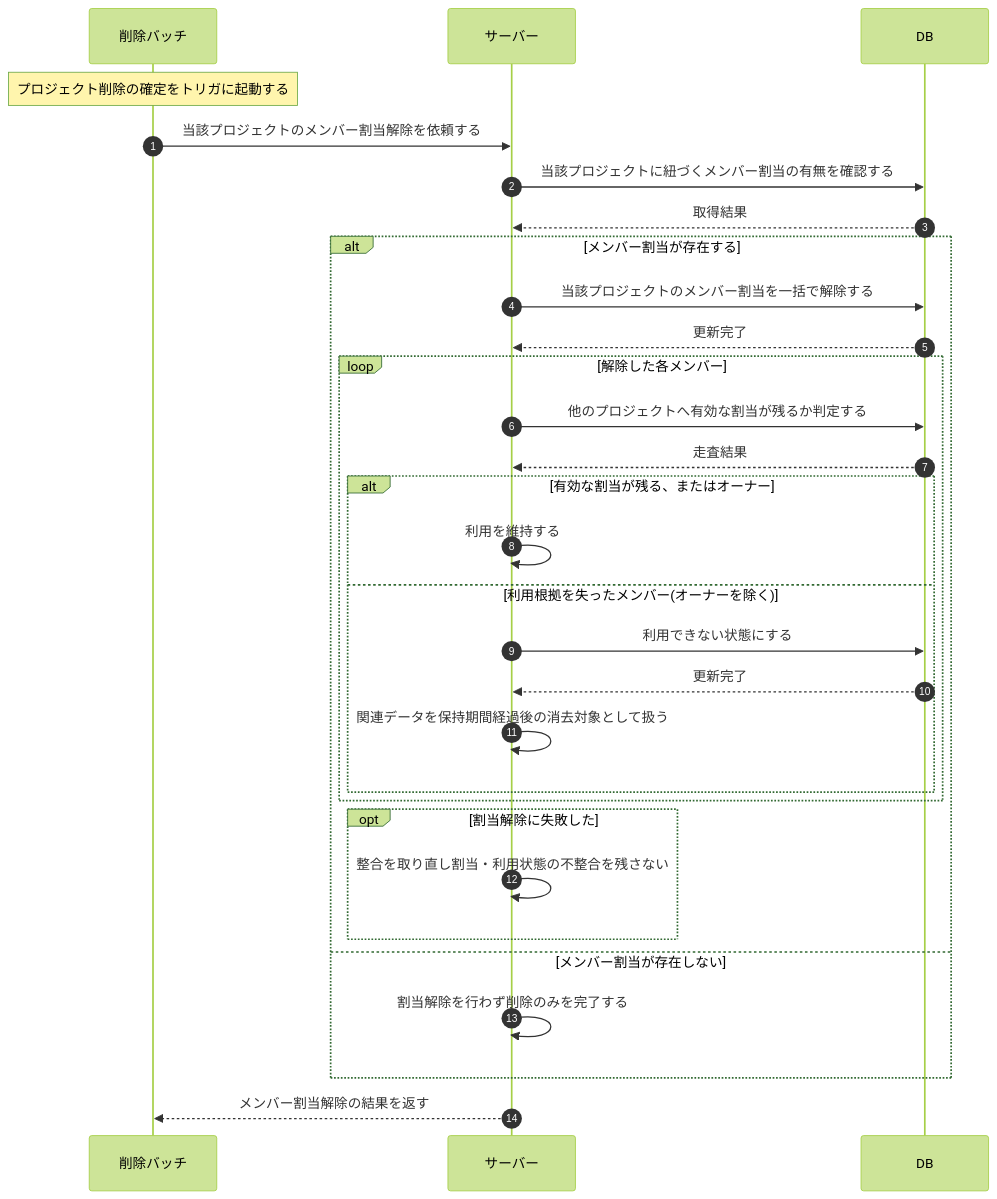
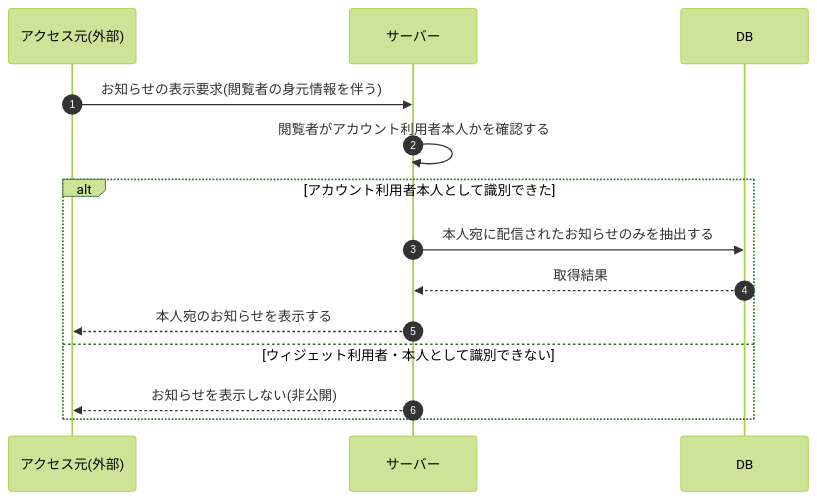
One commit to sikakou54/open-faq changed the diagram in 02_basic_design/03_sequences/SEQ-115.md. Above: the diagram before and after it, drawn with Mermaid (forest theme). The commit also changed other lines of this file and 99 other files, not shown here.

````diff
--- a/02_basic_design/03_sequences/SEQ-115.md
+++ b/02_basic_design/03_sequences/SEQ-115.md
@@ -25,32 +25,16 @@
 ```mermaid
 sequenceDiagram
   autonumber
-  participant B as 削除バッチ
+  participant REQ as アクセス元(外部)
   participant Server as サーバー
   participant DB as DB
-  Note over B: プロジェクト削除の確定をトリガに起動する
-  B->>Server: 当該プロジェクトのメンバー割当解除を依頼する
-  Server->>DB: 当該プロジェクトに紐づくメンバー割当の有無を確認する
-  DB-->>Server: 取得結果
-  alt メンバー割当が存在する
-    Server->>DB: 当該プロジェクトのメンバー割当を一括で解除する
-    DB-->>Server: 更新完了
-    loop 解除した各メンバー
-      Server->>DB: 他のプロジェクトへ有効な割当が残るか判定する
-      DB-->>Server: 走査結果
-      alt 有効な割当が残る、またはオーナー
-        Server->>Server: 利用を維持する
-      else 利用根拠を失ったメンバー(オーナーを除く)
-        Server->>DB: 利用できない状態にする
-        DB-->>Server: 更新完了
-        Server->>Server: 関連データを保持期間経過後の消去対象として扱う
-      end
-    end
-    opt 割当解除に失敗した
-      Server->>Server: 整合を取り直し割当・利用状態の不整合を残さない
-    end
-  else メンバー割当が存在しない
-    Server->>Server: 割当解除を行わず削除のみを完了する
+  REQ->>Server: お知らせの表示要求(閲覧者の身元情報を伴う)
+  Server->>Server: 閲覧者がアカウント利用者本人かを確認する
+  alt アカウント利用者本人として識別できた
+    Server->>DB: 本人宛に配信されたお知らせのみを抽出する
+    DB-->>Server: 取得結果
+    Server-->>REQ: 本人宛のお知らせを表示する
+  else ウィジェット利用者・本人として識別できない
+    Server-->>REQ: お知らせを表示しない(非公開)
   end
-  Server-->>B: メンバー割当解除の結果を返す
 ```
````
